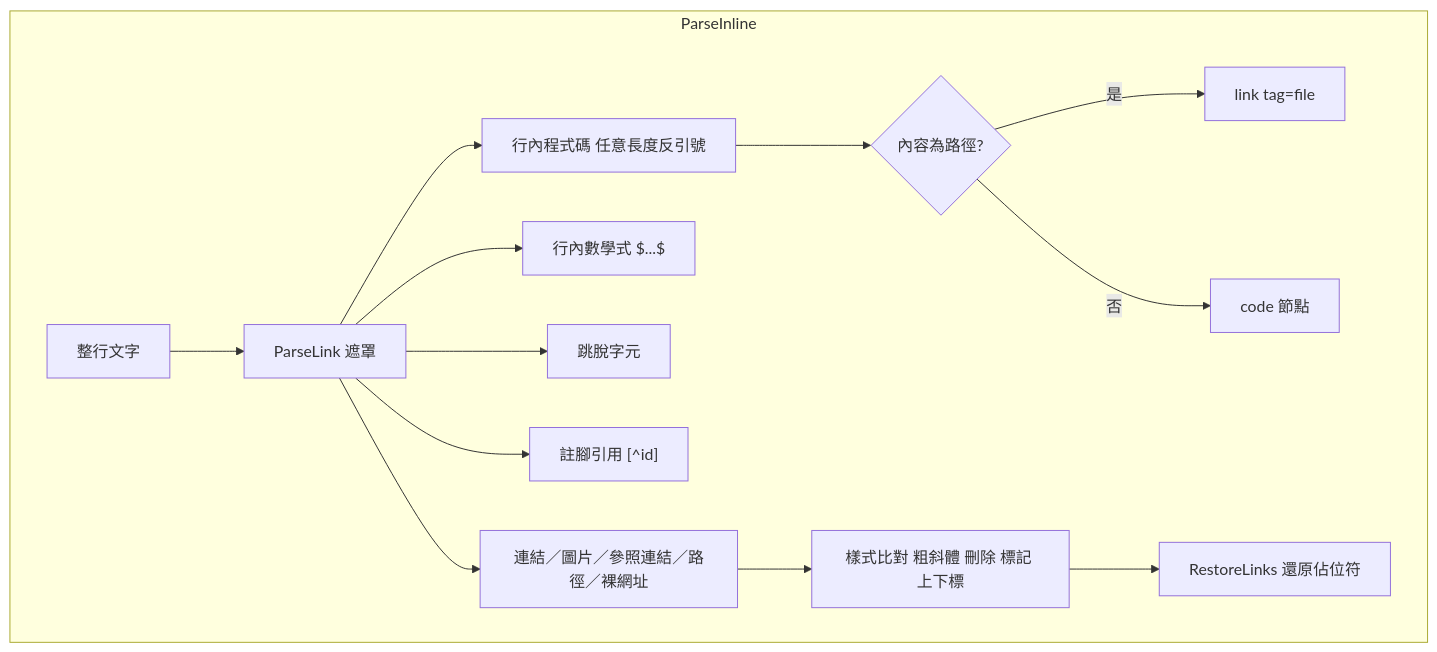
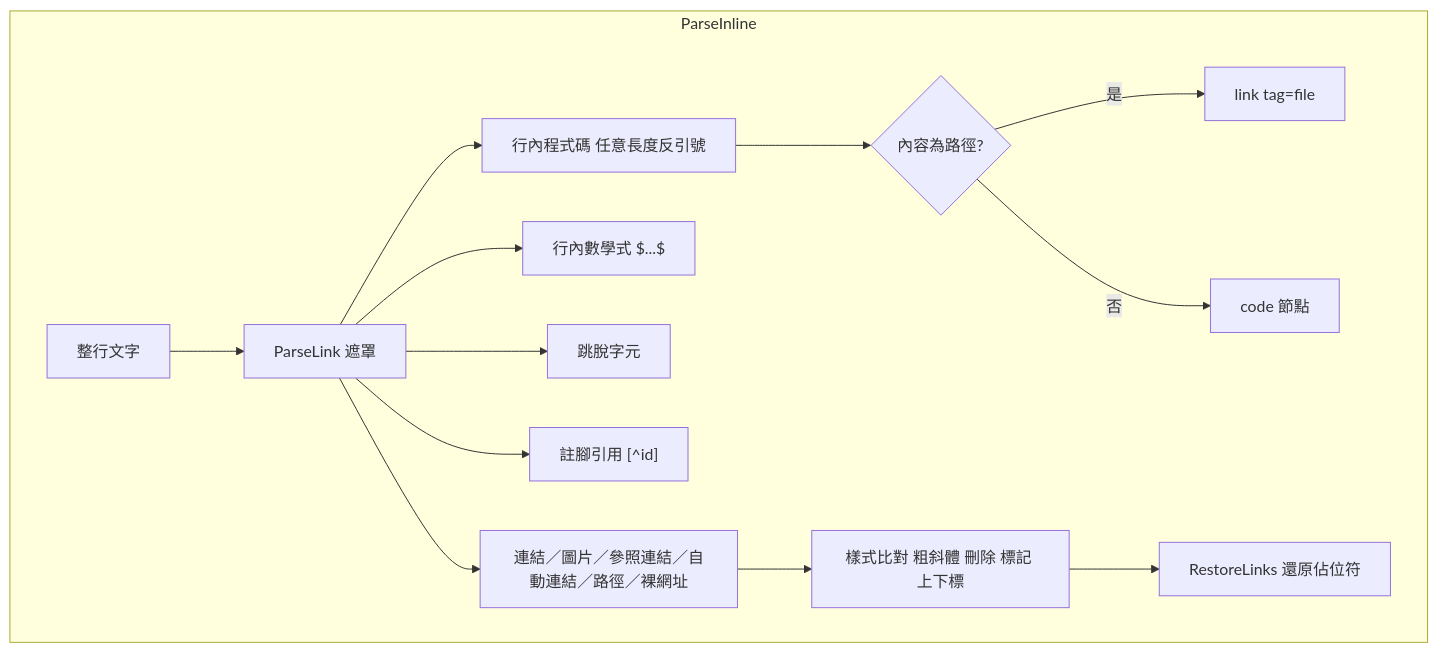
The third of 7 diagrams in doc/architecture.zh.md (pardnchiu/NanoMD), drawn with Mermaid before and after one commit. The commit also changed other lines of this file and 8 other files, not shown here.

````diff
--- a/doc/architecture.zh.md
+++ b/doc/architecture.zh.md
@@ -55,16 +55,16 @@
 ```mermaid
 graph TB
     subgraph ParseInline
         Seg[整行文字] --> Mask[ParseLink 遮罩]
         Mask --> M0[行內程式碼 任意長度反引號]
         M0 --> Path{內容為路徑?}
         Path -->|是| File[link tag=file]
         Path -->|否| CodeNode[code 節點]
         Mask --> M1[行內數學式 $...$]
         Mask --> M2[跳脫字元]
         Mask --> M3["註腳引用 [^id]"]
-        Mask --> M4[連結／圖片／參照連結／路徑／裸網址]
+        Mask --> M4[連結／圖片／參照連結／自動連結／路徑／裸網址]
         M4 --> Marks[樣式比對 粗斜體 刪除 標記 上下標]
         Marks --> Restore[RestoreLinks 還原佔位符]
     end
 ```
````
